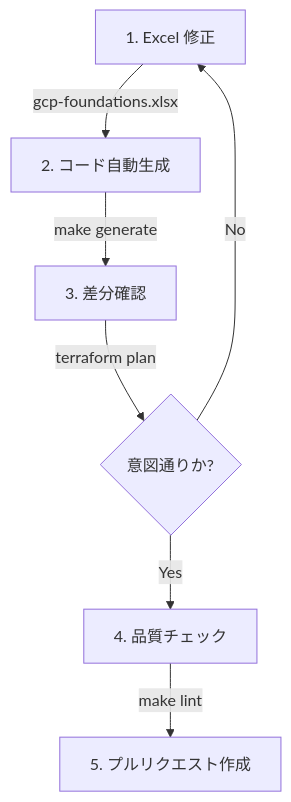
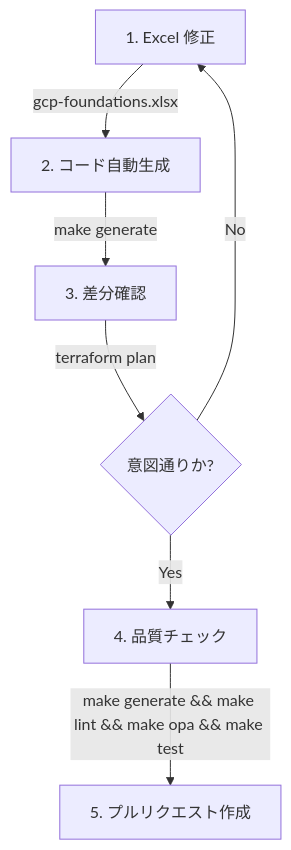
The diagram in docs/development/local_development.md (ea-Mitsuoka/gcp-foundations), drawn with Mermaid before and after one commit. The commit also changed other lines of this file and 22 other files, not shown here.

````diff
--- a/docs/development/local_development.md
+++ b/docs/development/local_development.md
@@ -120,9 +155,9 @@
 ```mermaid
 graph TD
     A[1. Excel 修正] -->|gcp-foundations.xlsx| B[2. コード自動生成]
     B -->|make generate| C[3. 差分確認]
     C -->|terraform plan| D{意図通りか?}
     D -- No --> A
     D -- Yes --> E[4. 品質チェック]
-    E -->|make lint| F[5. プルリクエスト作成]
+    E -->|make generate && make lint && make opa && make test| F[5. プルリクエスト作成]
 ```
````
